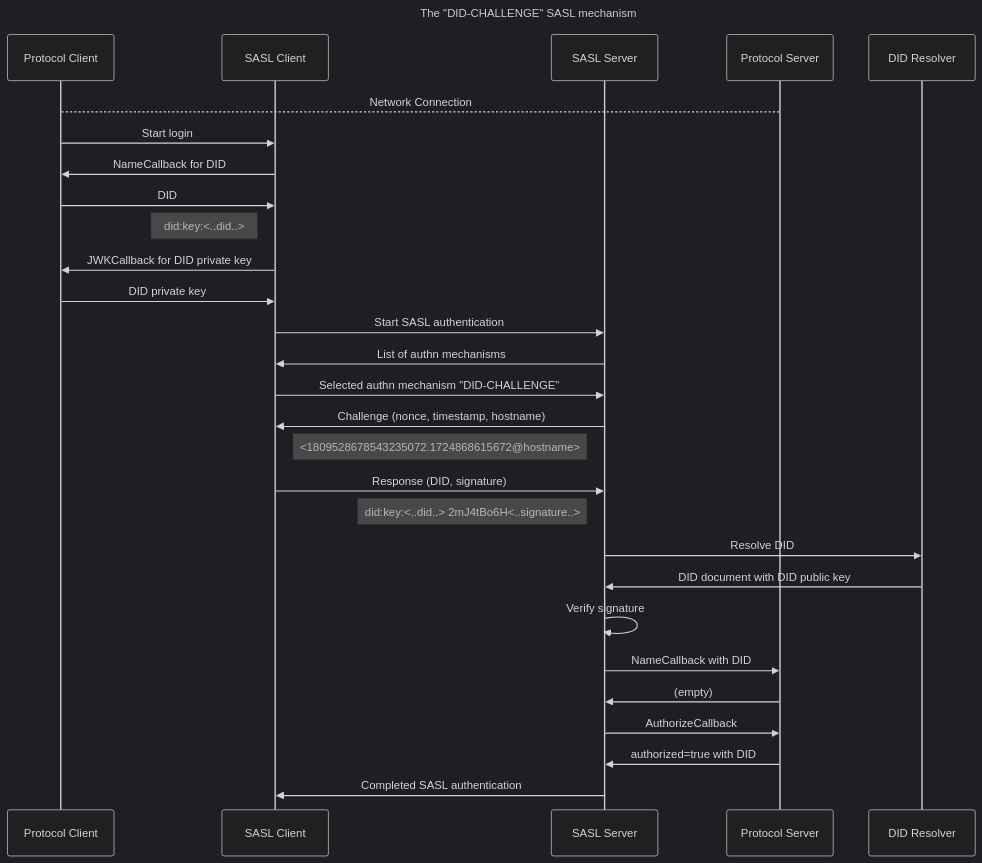
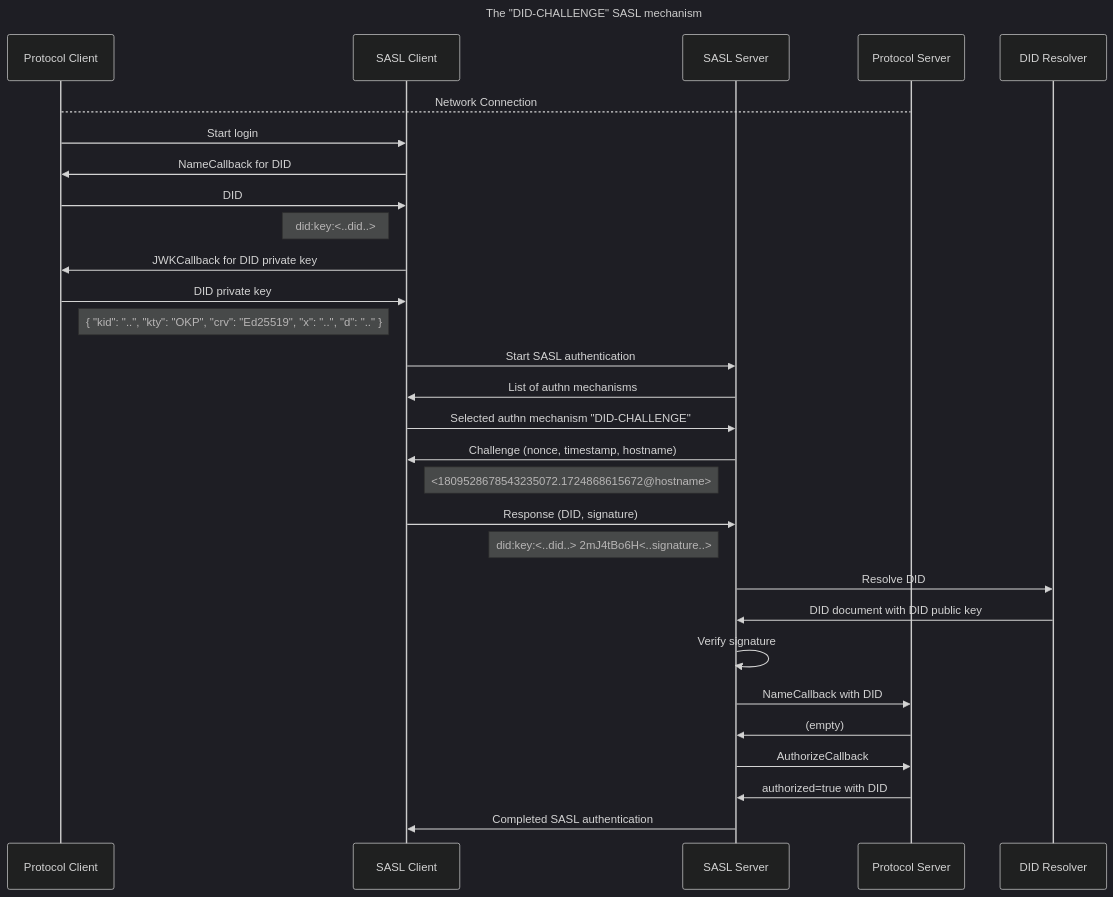
Before and after one commit to peacekeeper/java-sasl-did-mechanism: the diagram in README.md, drawn with Mermaid (dark theme).

Commit message:
Update sequence diagram in README

````diff
--- a/README.md
+++ b/README.md
@@ -57,31 +57,32 @@
 ```mermaid
 sequenceDiagram
     title The "DID-CHALLENGE" SASL mechanism
     participant ProtocolClient as Protocol Client
     participant SASLClient as SASL Client
     participant SASLServer as SASL Server
     participant ProtocolServer as Protocol Server
     participant DIDResolver as DID Resolver
     ProtocolClient-->ProtocolServer: Network Connection
     ProtocolClient->>SASLClient: Start login
     SASLClient->>ProtocolClient: NameCallback for DID
     ProtocolClient->>SASLClient: DID
     note left of SASLClient: did:key:<..did..>
     SASLClient->>ProtocolClient: JWKCallback for DID private key
     ProtocolClient->>SASLClient: DID private key
+    note left of SASLClient: { "kid": "..", "kty": "OKP", "crv": "Ed25519", "x": "..", "d": ".." }
     SASLClient->>SASLServer: Start SASL authentication
     SASLServer->>SASLClient: List of authn mechanisms
     SASLClient->>SASLServer: Selected authn mechanism "DID-CHALLENGE"
     SASLServer->>SASLClient: Challenge (nonce, timestamp, hostname)
     note right of SASLClient: <1809528678543235072.1724868615672@hostname>
     SASLClient->>SASLServer: Response (DID, signature)
     note left of SASLServer: did:key:<..did..> 2mJ4tBo6H<..signature..>
     SASLServer->>DIDResolver: Resolve DID
     DIDResolver->>SASLServer: DID document with DID public key
     SASLServer->>SASLServer: Verify signature
     SASLServer->>ProtocolServer: NameCallback with DID
     ProtocolServer->>SASLServer: (empty)
     SASLServer->>ProtocolServer: AuthorizeCallback
     ProtocolServer->>SASLServer: authorized=true with DID
     SASLServer->>SASLClient: Completed SASL authentication
 ```
````
